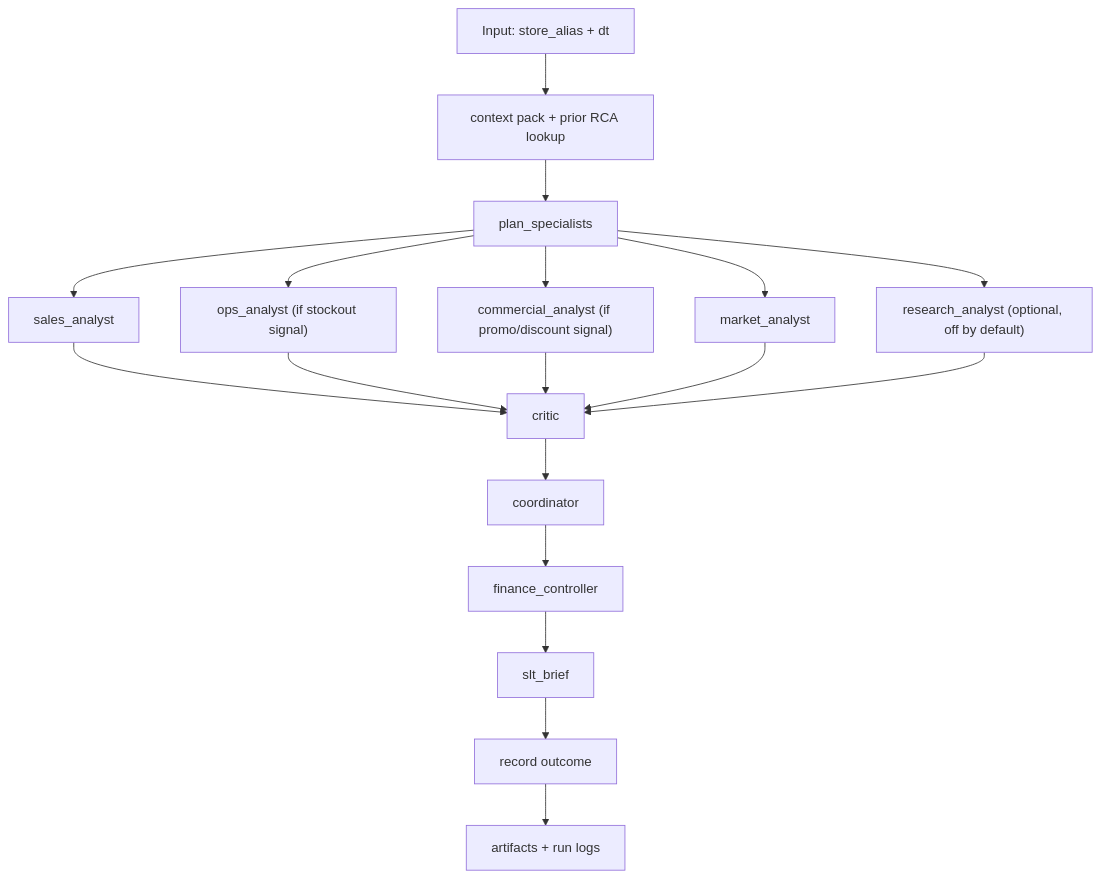
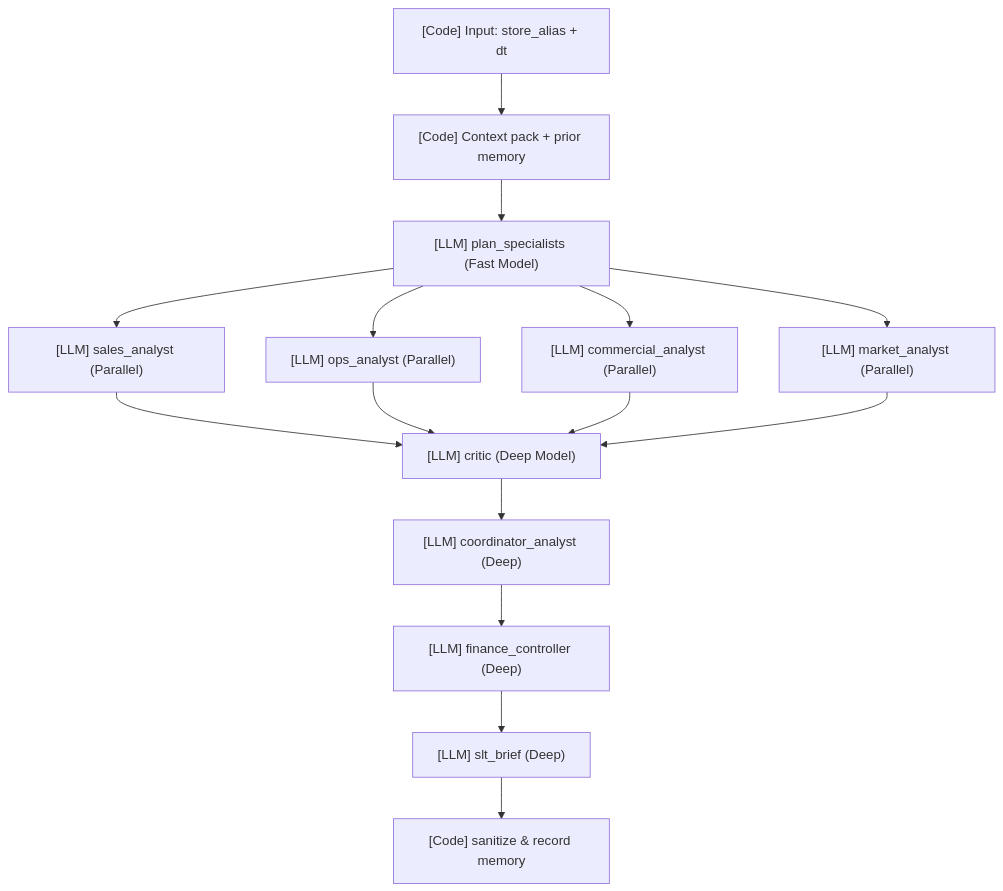
Before and after one commit to chiaweiwoo/retail-insight-agent: the diagram in README.md, drawn with Mermaid. The commit also changed other lines of this file and 3 other files, not shown here.

````diff
--- a/README.md
+++ b/README.md
@@ -77,20 +9,14 @@
 ```mermaid
 flowchart TD
-    A["Input: store_alias + dt"] --> B["context pack + prior RCA lookup"]
-    B --> C["plan_specialists"]
-    C --> D["sales_analyst"]
-    C --> E["ops_analyst (if stockout signal)"]
-    C --> F["commercial_analyst (if promo/discount signal)"]
-    C --> G["market_analyst"]
-    C --> H["research_analyst (optional, off by default)"]
-    D --> I["critic"]
-    E --> I
-    F --> I
-    G --> I
-    H --> I
-    I --> J["coordinator"]
-    J --> K["finance_controller"]
-    K --> L["slt_brief"]
-    L --> M["record outcome"]
-    M --> N["artifacts + run logs"]
+    A["[Code] Input: store_alias + dt"] --> B["[Code] Context pack + prior memory"]
+    B --> C["[LLM] plan_specialists (Fast Model)"]
+    C --> D["[LLM] sales_analyst (Parallel)"]
+    C --> E["[LLM] ops_analyst (Parallel)"]
+    C --> F["[LLM] commercial_analyst (Parallel)"]
+    C --> G["[LLM] market_analyst (Parallel)"]
+    D & E & F & G --> I["[LLM] critic (Deep Model)"]
+    I --> J["[LLM] coordinator_analyst (Deep)"]
+    J --> K["[LLM] finance_controller (Deep)"]
+    K --> L["[LLM] slt_brief (Deep)"]
+    L --> M["[Code] sanitize & record memory"]
 ```
````
